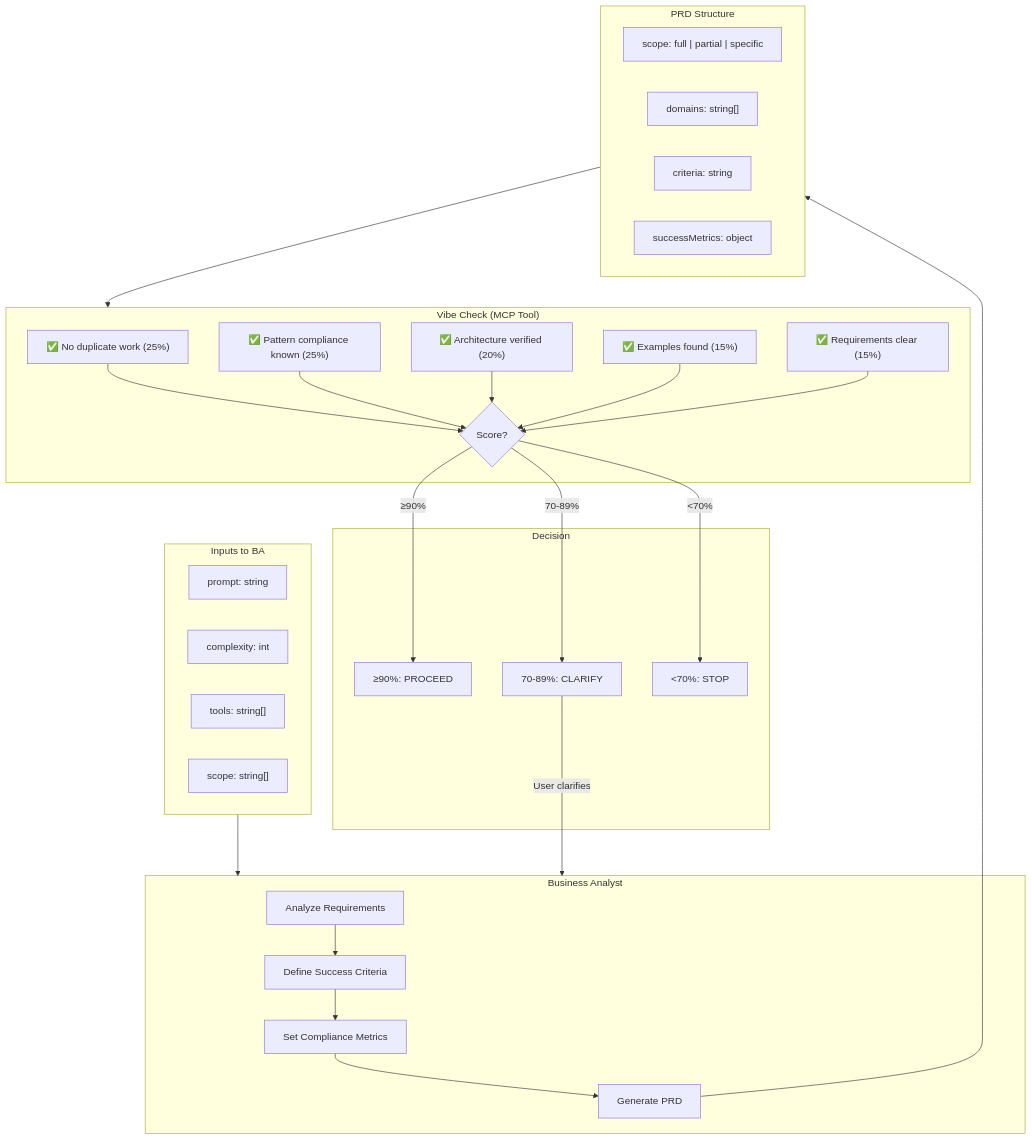
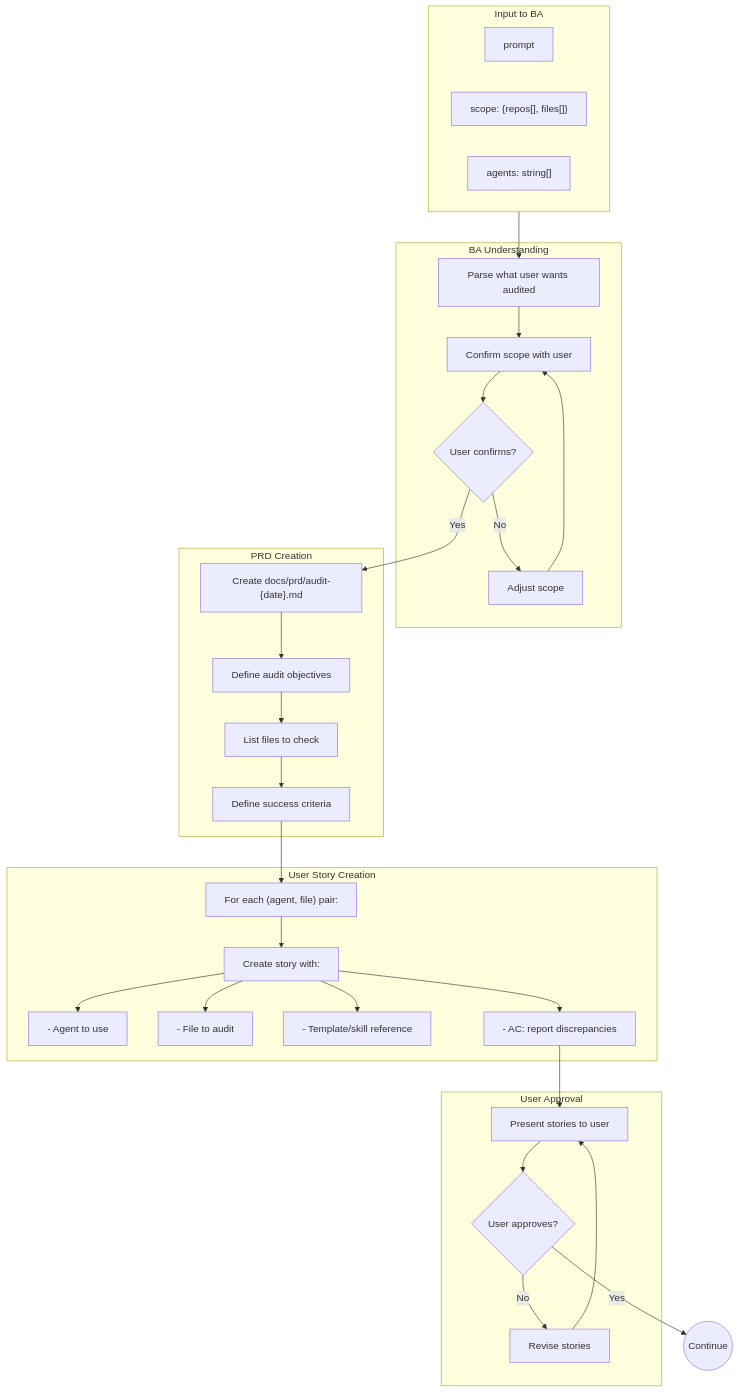
Before and after one commit to metasaver/metasaver-marketplace: the fourth of 8 diagrams in docs/audit-command-target-state.md, drawn with Mermaid. The commit also changed other lines of this file and 66 other files, not shown here.

First line of the commit message:
Refactor `/ms` command target state and introduce no-barrel architecture

````diff
--- a/docs/audit-command-target-state.md
+++ b/docs/audit-command-target-state.md
@@ -385,48 +264,50 @@
 ```mermaid
 flowchart TB
-    subgraph Inputs["Inputs to BA"]
-        I1["prompt: string"]
-        I2["complexity: int"]
-        I3["tools: string[]"]
-        I4["scope: string[]"]
+    subgraph Input["Input to BA"]
+        I1["prompt"]
+        I2["scope: {repos[], files[]}"]
+        I3["agents: string[]"]
     end
 
-    subgraph BA["Business Analyst"]
-        BA1["Analyze Requirements"]
-        BA2["Define Success Criteria"]
-        BA3["Set Compliance Metrics"]
-        BA4["Generate PRD"]
+    subgraph Understanding["BA Understanding"]
+        U1["Parse what user wants audited"]
+        U2["Confirm scope with user"]
+        U3{"User confirms?"}
+        U4["Adjust scope"]
     end
 
-    subgraph PRD["PRD Structure"]
-        P1["scope: full | partial | specific"]
-        P2["domains: string[]"]
-        P3["criteria: string"]
-        P4["successMetrics: object"]
+    subgraph PRD["PRD Creation"]
+        P1["Create docs/prd/audit-{date}.md"]
+        P2["Define audit objectives"]
+        P3["List files to check"]
+        P4["Define success criteria"]
     end
 
-    subgraph Vibe["Vibe Check (MCP Tool)"]
-        V1["✅ No duplicate work (25%)"]
-        V2["✅ Pattern compliance known (25%)"]
-        V3["✅ Architecture verified (20%)"]
-        V4["✅ Examples found (15%)"]
-        V5["✅ Requirements clear (15%)"]
-        VR{"Score?"}
+    subgraph Stories["User Story Creation"]
+        ST1["For each (agent, file) pair:"]
+        ST2["Create story with:"]
+        ST3["- Agent to use"]
+        ST4["- File to audit"]
+        ST5["- Template/skill reference"]
+        ST6["- AC: report discrepancies"]
     end
 
-    subgraph Decision["Decision"]
-        D1["≥90%: PROCEED"]
-        D2["70-89%: CLARIFY"]
-        D3["<70%: STOP"]
+    subgraph Approval["User Approval"]
+        AP1["Present stories to user"]
+        AP2{"User approves?"}
+        AP3["Revise stories"]
     end
 
-    Inputs --> BA
-    BA1 --> BA2 --> BA3 --> BA4
-    BA4 --> PRD
-    PRD --> Vibe
-    V1 & V2 & V3 & V4 & V5 --> VR
-    VR -->|"≥90%"| D1
-    VR -->|"70-89%"| D2
-    VR -->|"<70%"| D3
-    D2 -->|"User clarifies"| BA
+    Input --> U1
+    U1 --> U2 --> U3
+    U3 -->|"No"| U4 --> U2
+    U3 -->|"Yes"| P1
+    P1 --> P2 --> P3 --> P4
+    P4 --> ST1
+    ST1 --> ST2
+    ST2 --> ST3 & ST4 & ST5 & ST6
+    ST6 --> AP1
+    AP1 --> AP2
+    AP2 -->|"No"| AP3 --> AP1
+    AP2 -->|"Yes"| OUT((Continue))
 ```
````
